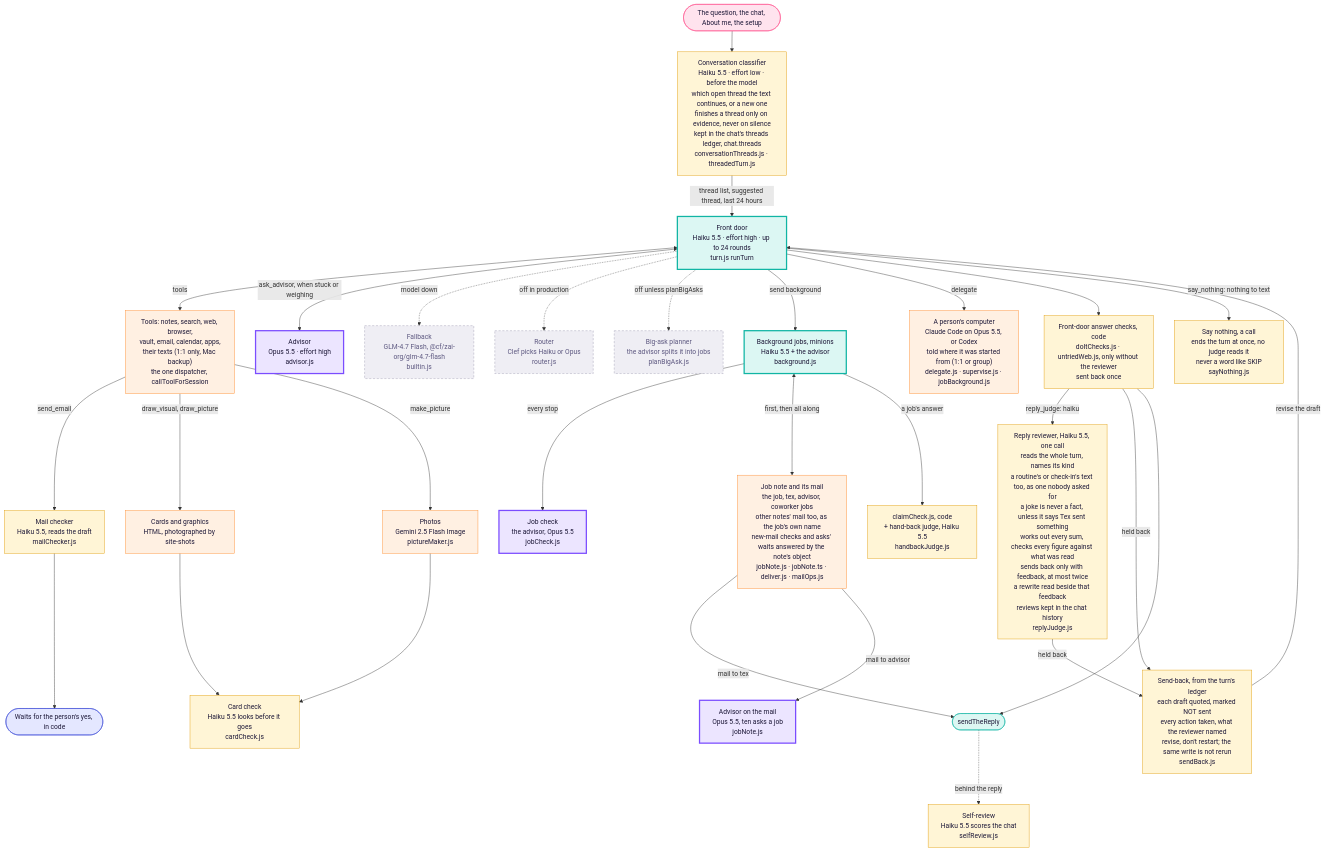
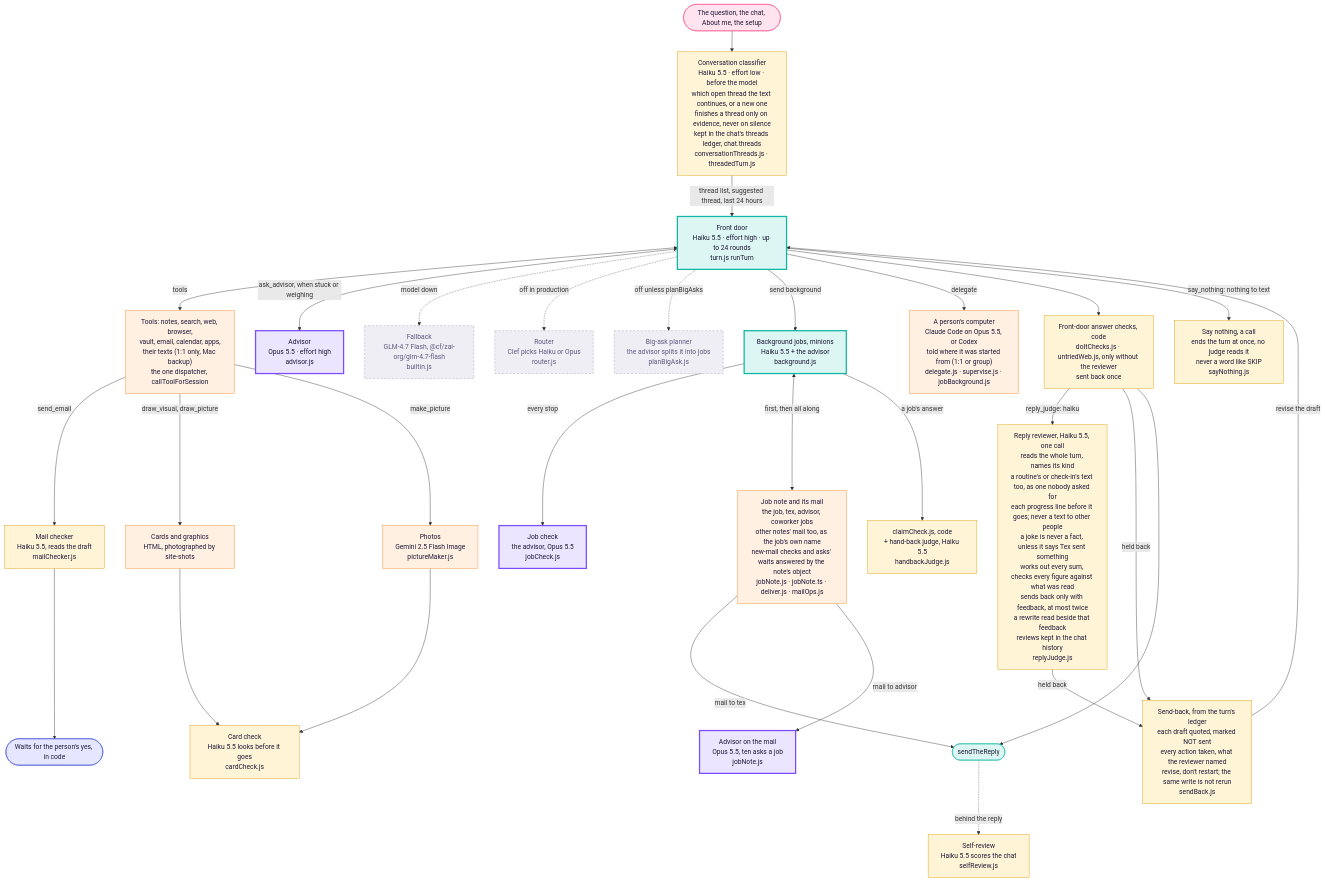
The third of 3 diagrams in docs/architecture/tex.md (Supa-Media/context), drawn with Mermaid before and after one commit. The commit also changed other lines of this file and 7 other files, not shown here.

First line of the commit message:
Tex reviewer: every text to the person, and only those: progress lines in, routines to others out

````diff
--- a/docs/architecture/tex.md
+++ b/docs/architecture/tex.md
@@ -112,45 +112,45 @@
 ```mermaid
 flowchart TB
   Q([The question, the chat, About me, the setup]):::you --> CL
   CL["Conversation classifier<br/>Haiku 5.5 · effort low · before the model<br/>which open thread the text continues, or a new one<br/>finishes a thread only on evidence, never on silence<br/>kept in the chat's threads ledger, chat.threads<br/>conversationThreads.js · threadedTurn.js"]:::judge
   CL -->|thread list, suggested thread, last 24 hours| FD
   FD["Front door<br/>Haiku 5.5 · effort high · up to 24 rounds<br/>turn.js runTurn"]:::haiku
   FD <-->|tools| T["Tools: notes, search, web, browser,<br/>vault, email, calendar, apps,<br/>their texts (1:1 only, Mac backup)<br/>the one dispatcher, callToolForSession"]:::tool
   FD <-->|ask_advisor, when stuck or weighing| ADV["Advisor<br/>Opus 5.5 · effort high<br/>advisor.js"]:::opus
   FD -. model down .-> FB["Fallback<br/>GLM-4.7 Flash, @cf/zai-org/glm-4.7-flash<br/>builtin.js"]:::off
   FD -. off in production .-> RT["Router<br/>Clef picks Haiku or Opus<br/>router.js"]:::off
   FD -. off unless planBigAsks .-> PL["Big-ask planner<br/>the advisor splits it into jobs<br/>planBigAsk.js"]:::off
 
   FD -->|send background| JOB["Background jobs, minions<br/>Haiku 5.5 + the advisor<br/>background.js"]:::haiku
   JOB -->|every stop| JC["Job check<br/>the advisor, Opus 5.5<br/>jobCheck.js"]:::opus
   JOB <-->|first, then all along| JN["Job note and its mail<br/>the job, tex, advisor, coworker jobs<br/>other notes' mail too, as the job's own name<br/>new-mail checks and asks' waits answered by the note's object<br/>jobNote.js · jobNote.ts · deliver.js · mailOps.js"]:::tool
   JN -->|mail to tex| SEND
   JN -->|mail to advisor| JNA["Advisor on the mail<br/>Opus 5.5, ten asks a job<br/>jobNote.js"]:::opus
   JOB -->|a job's answer| JCK["claimCheck.js, code<br/>+ hand-back judge, Haiku 5.5<br/>handbackJudge.js"]:::judge
   FD -->|delegate| DL["A person's computer<br/>Claude Code on Opus 5.5, or Codex<br/>told where it was started from (1:1 or group)<br/>delegate.js · supervise.js · jobBackground.js"]:::tool
 
   T -->|send_email| MC["Mail checker<br/>Haiku 5.5, reads the draft<br/>mailChecker.js"]:::judge
   MC --> YES([Waits for the person's yes, in code]):::rail
   T -->|draw_visual, draw_picture| PIC["Cards and graphics<br/>HTML, photographed by site-shots"]:::tool
   T -->|make_picture| IMG["Photos<br/>Gemini 2.5 Flash Image<br/>pictureMaker.js"]:::tool
   PIC --> CC["Card check<br/>Haiku 5.5 looks before it goes<br/>cardCheck.js"]:::judge
   IMG --> CC
 
   FD --> CHK["Front-door answer checks, code<br/>doItChecks.js · untriedWeb.js, only without the reviewer<br/>sent back once"]:::judge
   FD -->|say_nothing: nothing to text| QT["Say nothing, a call<br/>ends the turn at once, no judge reads it<br/>never a word like SKIP<br/>sayNothing.js"]:::judge
-  CHK -->|reply_judge: haiku| RJ["Reply reviewer, Haiku 5.5, one call<br/>reads the whole turn, names its kind<br/>a routine's or check-in's text too, as one nobody asked for<br/>a joke is never a fact, unless it says Tex sent something<br/>works out every sum, checks every figure against what was read<br/>sends back only with feedback, at most twice<br/>a rewrite read beside that feedback<br/>reviews kept in the chat history<br/>replyJudge.js"]:::judge
+  CHK -->|reply_judge: haiku| RJ["Reply reviewer, Haiku 5.5, one call<br/>reads the whole turn, names its kind<br/>a routine's or check-in's text too, as one nobody asked for<br/>each progress line before it goes; never a text to other people<br/>a joke is never a fact, unless it says Tex sent something<br/>works out every sum, checks every figure against what was read<br/>sends back only with feedback, at most twice<br/>a rewrite read beside that feedback<br/>reviews kept in the chat history<br/>replyJudge.js"]:::judge
   CHK -->|held back| SB["Send-back, from the turn's ledger<br/>each draft quoted, marked NOT sent<br/>every action taken, what the reviewer named<br/>revise, don't restart; the same write is not rerun<br/>sendBack.js"]:::judge
   RJ -->|held back| SB
   SB -->|revise the draft| FD
   CHK --> SEND([sendTheReply]):::door
   SEND -. behind the reply .-> SR["Self-review<br/>Haiku 5.5 scores the chat<br/>selfReview.js"]:::judge
 
   classDef you fill:#ffe3ee,stroke:#ff4f8b,color:#1d1838
   classDef haiku fill:#dcf7f3,stroke:#11b5a4,stroke-width:3px,color:#1d1838
   classDef opus fill:#ece5ff,stroke:#7b4dff,stroke-width:3px,color:#1d1838
   classDef judge fill:#fff5d6,stroke:#e09a00,color:#1d1838
   classDef tool fill:#fff0e2,stroke:#ff8a2a,color:#1d1838
   classDef rail fill:#e4e7ff,stroke:#3c4bd6,color:#1d1838
   classDef door fill:#dcf7f3,stroke:#11b5a4,color:#1d1838
   classDef off fill:#efeef4,stroke:#9a97b0,stroke-dasharray:5 4,color:#5d5880
 ```
````
